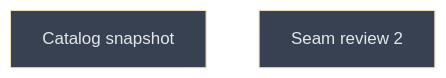
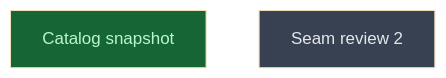
The diagram in __roadmap__/integrity/causes/checkpoint/snapshot/README.md (CrackingShells/Candler), drawn with Mermaid (base theme) before and after one commit. The commit also changed other lines of this file and 1 other file, not shown here.

Commit message:
rdm(api): close seam review 1 and the catalog snapshot

````diff
--- a/__roadmap__/integrity/causes/checkpoint/snapshot/README.md
+++ b/__roadmap__/integrity/causes/checkpoint/snapshot/README.md
@@ -17,10 +17,10 @@
 ```mermaid
 graph TD
-    catalog_snapshot[Catalog snapshot]:::planned
+    catalog_snapshot[Catalog snapshot]:::done
     review[Seam review 2]:::planned
     classDef done       fill:#166534,color:#bbf7d0
     classDef inprogress fill:#854d0e,color:#fef08a
     classDef planned    fill:#374151,color:#e5e7eb
     classDef amendment  fill:#1e3a5f,color:#bfdbfe
     classDef blocked    fill:#7f1d1d,color:#fecaca
 ```
````
